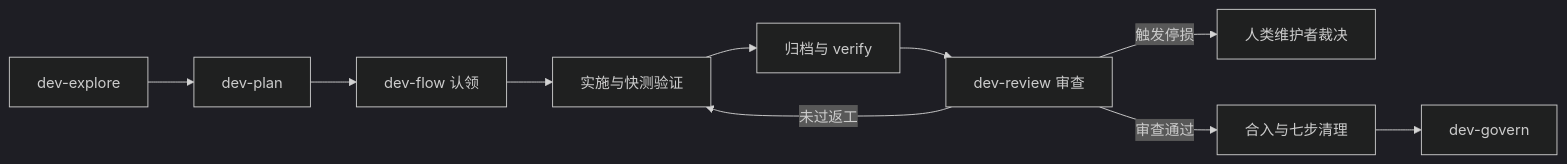
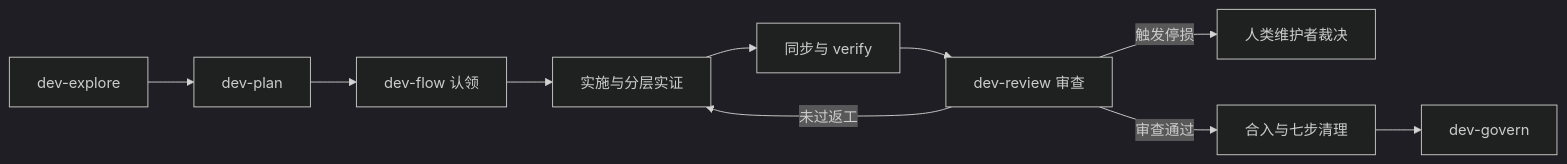
One commit to FiretrUCK666/project-forge changed the fifth of 5 diagrams in docs/TDD.md. Above: the diagram before and after it, drawn with Mermaid (dark theme). The commit also changed other lines of this file and 2 other files, not shown here.

````diff
--- a/docs/TDD.md
+++ b/docs/TDD.md
@@ -271,12 +276,12 @@
 ```mermaid
 flowchart LR
   Explore["dev-explore"] --> Plan["dev-plan"]
   Plan --> FlowStart["dev-flow 认领"]
-  FlowStart --> Code["实施与快测验证"]
-  Code --> Finalize["归档与 verify"]
+  FlowStart --> Code["实施与分层实证"]
+  Code --> Finalize["同步与 verify"]
   Finalize --> Review["dev-review 审查"]
   Review -- "未过返工" --> Code
   Review -- "触发停损" --> Human["人类维护者裁决"]
   Review -- "审查通过" --> Merge["合入与七步清理"]
   Merge --> Govern["dev-govern"]
 ```
````
